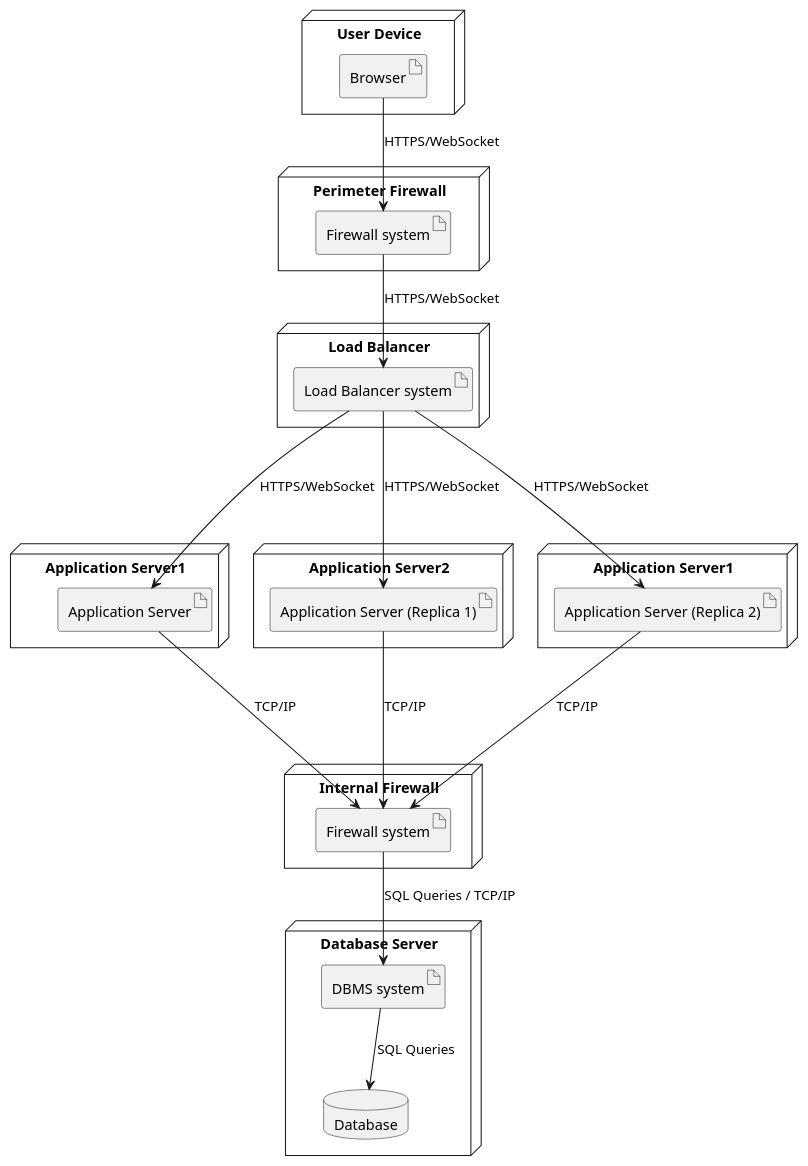
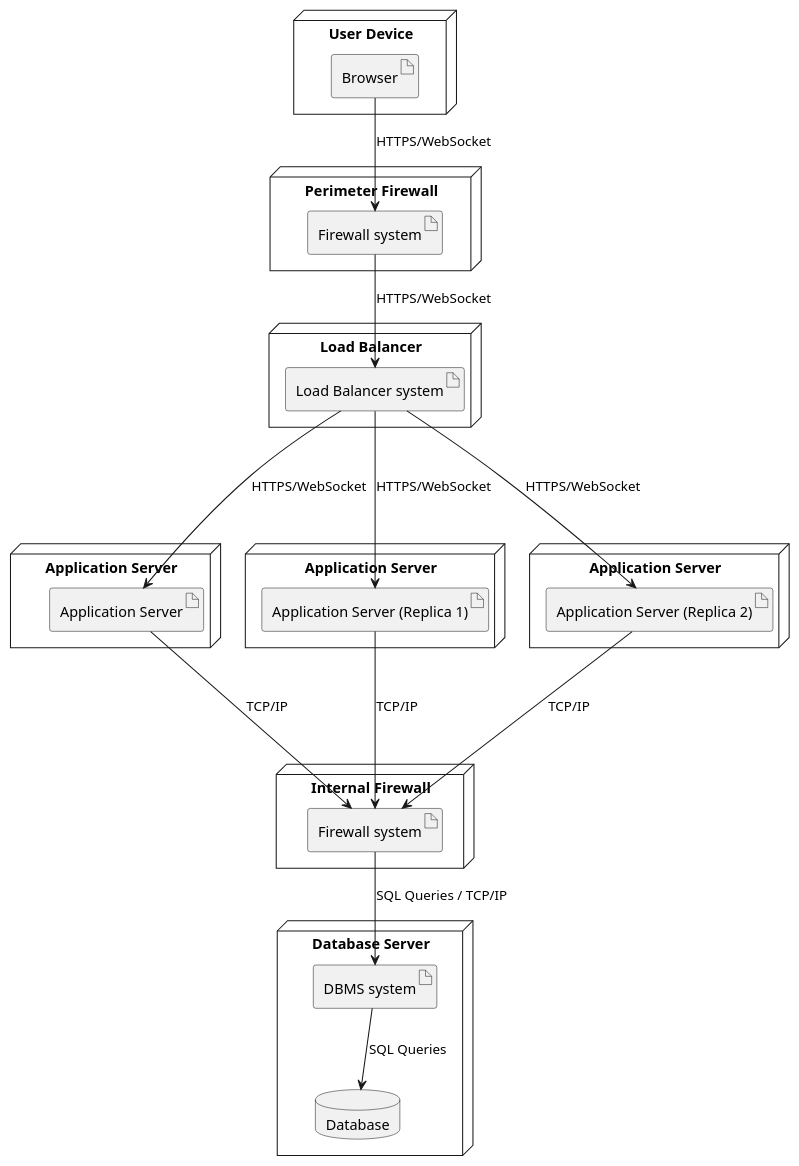
Before and after one commit to matti8702/R_and_DD_project_SE2: the diagram in DD/Architectural_design/uml_diagrams/deployment_diagram.puml, drawn with PlantUML. The commit also changed 1 other file, not shown here.

Commit message:
fix: fix deployment diagram

```diff
--- a/DD/Architectural_design/uml_diagrams/deployment_diagram.puml
+++ b/DD/Architectural_design/uml_diagrams/deployment_diagram.puml
@@ -1,49 +1,49 @@
 @startuml deployment_diagram
 
 node "User Device" {
   artifact "Browser" as UserBrowser
 }
 
 node "Perimeter Firewall" {
   artifact "Firewall system" as PerimeterFW
 }
 
 node "Load Balancer" as LoadBalancer {
   artifact "Load Balancer system" as LBSystem
 }
 
-node "Application Server1" as AppServer1N {
+node "Application Server" as AppServer1N {
   artifact "Application Server" as AppServer1
 }
 
-node "Application Server2" as AppServer2N {
+node "Application Server" as AppServer2N {
   artifact "Application Server (Replica 1)" as AppServer2
 }
 
-node "Application Server1" as AppServer3N {
+node "Application Server" as AppServer3N {
   artifact "Application Server (Replica 2)" as AppServer3
 }
 
 node "Database Server" as DBN {
   artifact "DBMS system" as DBMS
   database "Database" as DB
 }
 
 node "Internal Firewall" {
   artifact "Firewall system" as InternalFW
 }
 
 
 UserBrowser --> PerimeterFW : "HTTPS/WebSocket"
 PerimeterFW --> LBSystem : "HTTPS/WebSocket"
 LBSystem ---> AppServer1 : "HTTPS/WebSocket"
 LBSystem ---> AppServer2 : "HTTPS/WebSocket"
 LBSystem ---> AppServer3 : "HTTPS/WebSocket"
 
 AppServer1 ---> InternalFW : "TCP/IP"
 AppServer2 ---> InternalFW : "TCP/IP"
 AppServer3 ---> InternalFW : "TCP/IP"
 
 InternalFW --> DBMS : "SQL Queries / TCP/IP"
 DBMS --> DB : SQL Queries
 @enduml
```
